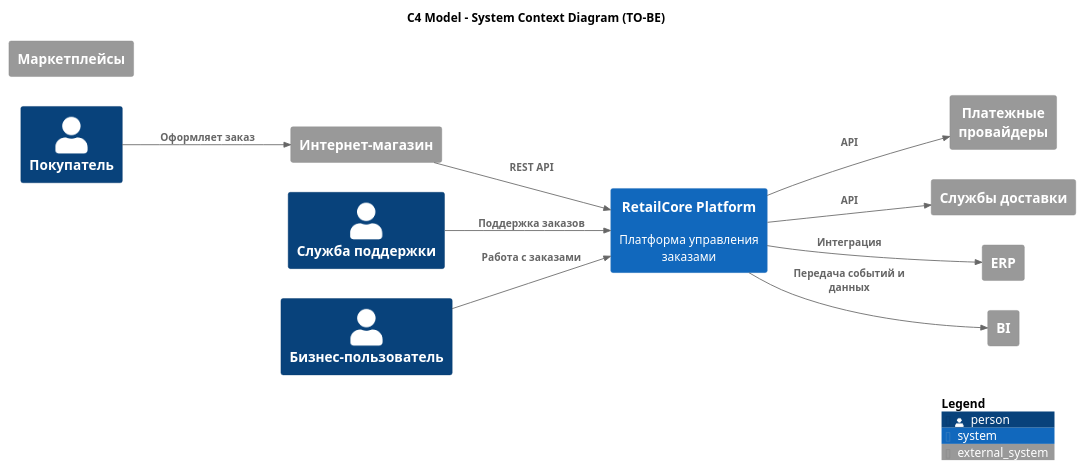
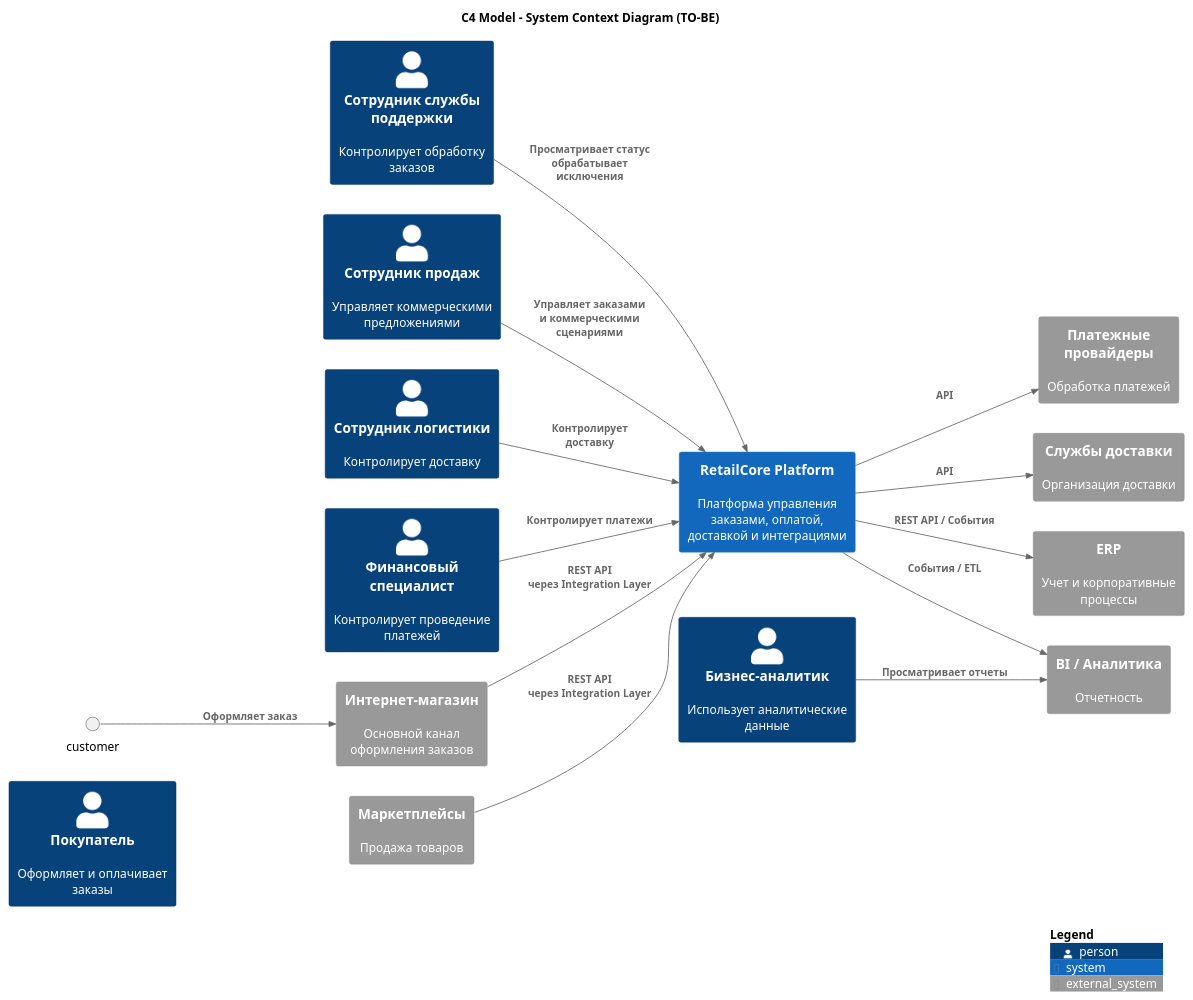
Before and after one commit to gininvadim290588/Ginin_Solution-RetailCor_Sprint4: the diagram in Task3/Diagrams/To-Be context.md, drawn with PlantUML.

Commit message:
Update To-Be context.md

```diff
--- a/Task3/Diagrams/To-Be context.md
+++ b/Task3/Diagrams/To-Be context.md
@@ -1,40 +1,74 @@
-@startuml RetailCore_Target_Context
+@startuml RetailCore_Context_TOBE
 
 !include https://raw.githubusercontent.com/plantuml-stdlib/C4-PlantUML/master/C4_Context.puml
 
 title C4 Model - System Context Diagram (TO-BE)
 
 LAYOUT_LEFT_RIGHT()
+'========================
+' Пользователи
+'========================
+Person( mcustomer,"Покупатель","Оформляет и оплачивает заказы")
+Person( support,"Сотрудник службы поддержки","Контролирует обработку заказов")
+Person( sales,"Сотрудник продаж","Управляет коммерческими предложениями")
+Person( logistics,"Сотрудник логистики","Контролирует доставку")
+Person( finance,"Финансовый специалист","Контролирует проведение платежей")
+Person( analyst,"Бизнес-аналитик","Использует аналитические данные")
 
-Person(customer,"Покупатель")
-Person(support,"Служба поддержки")
-Person(admin,"Бизнес-пользователь")
+'========================
+' Основная система
+'========================
 
-System(retailcore,"RetailCore Platform","Платформа управления заказами")
+System(retailcore,"RetailCore Platform","Платформа управления заказами, оплатой, доставкой и интеграциями")
 
-System_Ext(shop,"Интернет-магазин")
-System_Ext(mp,"Маркетплейсы")
-System_Ext(payment,"Платежные провайдеры")
-System_Ext(delivery,"Службы доставки")
-System_Ext(erp,"ERP")
-System_Ext(bi,"BI")
+'========================
+' Внешние системы
+'========================
 
-Rel(customer,shop,"Оформляет заказ")
+System_Ext(webshop,"Интернет-магазин","Основной канал оформления заказов")
 
-Rel(shop,retailcore,"REST API")
+System_Ext(marketplaces,"Маркетплейсы","Продажа товаров")
 
-Rel(admin,retailcore,"Работа с заказами")
+System_Ext(payment,"Платежные провайдеры","Обработка платежей")
 
-Rel(support,retailcore,"Поддержка заказов")
+System_Ext(delivery,"Службы доставки","Организация доставки")
+
+System_Ext(erp,"ERP","Учет и корпоративные процессы")
+
+System_Ext(bi,"BI / Аналитика","Отчетность")
+
+'========================
+' Пользователи
+'========================
+
+Rel(customer, webshop, "Оформляет заказ")
+
+Rel(support, retailcore,"Просматривает статус\nобрабатывает исключения")
+
+Rel(sales, retailcore,"Управляет заказами\nи коммерческими сценариями")
+
+Rel(logistics, retailcore,"Контролирует доставку")
+
+Rel(finance, retailcore,"Контролирует платежи")
+
+Rel(analyst, bi,"Просматривает отчеты")
+
+'========================
+' Интеграции
+'========================
+
+Rel(webshop,retailcore,"REST API\nчерез Integration Layer")
+
+Rel(marketplaces,retailcore,"REST API\nчерез Integration Layer")
 
 Rel(retailcore,payment,"API")
 
 Rel(retailcore,delivery,"API")
 
-Rel(retailcore,erp,"Интеграция")
+Rel(retailcore,erp,"REST API / События")
 
-Rel(retailcore,bi,"Передача событий и данных")
+Rel(retailcore,bi,"События / ETL")
 
 SHOW_LEGEND()
 
-@endumlf
+@enduml
```
